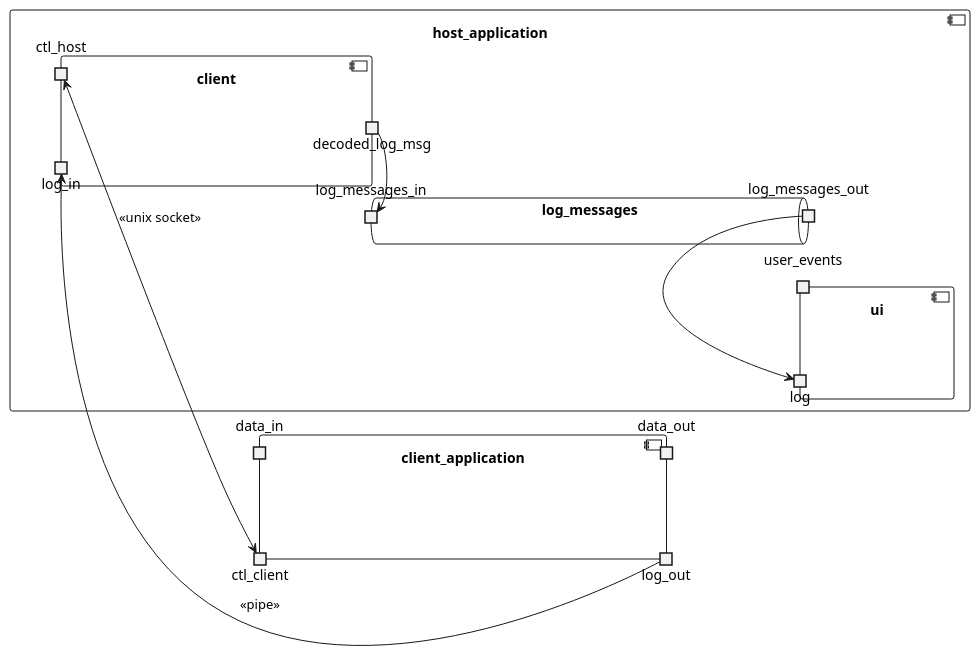
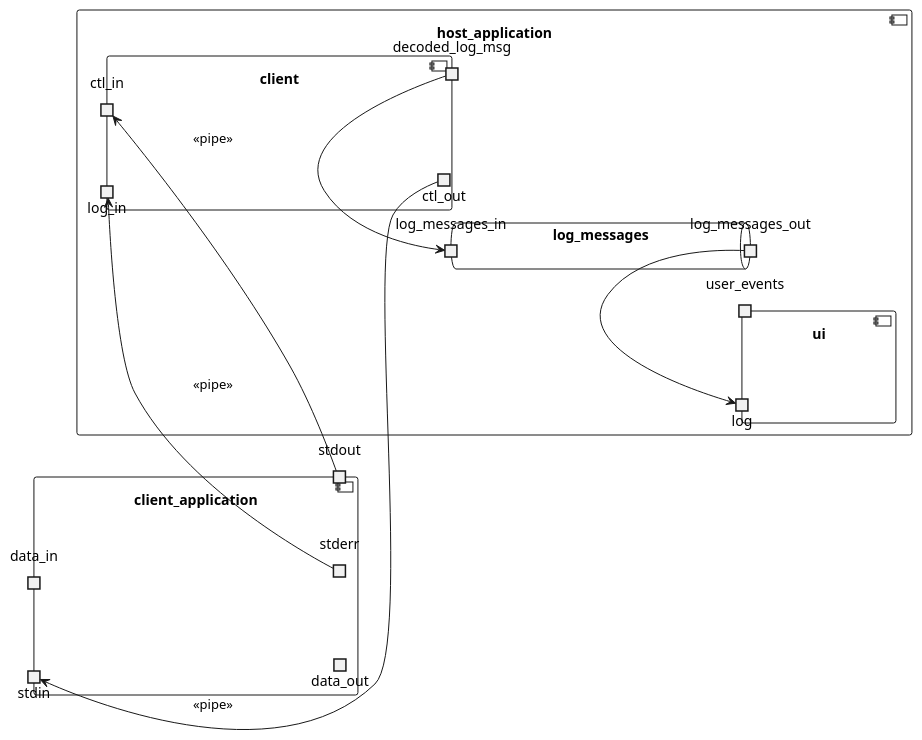
Before and after one commit to milasudril/the-pipe: the diagram in doc/overview.puml, drawn with PlantUML.

Commit message:
Update overview

```diff
--- a/doc/overview.puml
+++ b/doc/overview.puml
@@ -1,32 +1,35 @@
 @startuml
 left to right direction
 component host_application {
 	component client{
 		portin log_in
-		port ctl_host
+		portin ctl_in
+		portout ctl_out
 		portout decoded_log_msg
 	}
 
 	queue log_messages{
 		portin log_messages_in
 		portout log_messages_out
 	}
 
 	component ui {
 		portin log
 		portin user_events
 	}
 }
 
 component client_application {
-	port ctl_client
-	portout log_out
+	portin stdin
+	portout stdout
+	portout stderr
 	portin data_in
 	portout data_out
 }
 
-log_out -up-> log_in: <<pipe>>
-ctl_client <-up-> ctl_host: <<unix socket>>
+ctl_out -up-> stdin: <<pipe>>
+stdout -up-> ctl_in: <<pipe>>
+stderr -up-> log_in: <<pipe>>
 decoded_log_msg -> log_messages_in
 log_messages_out -right-> log
 @enduml
```
